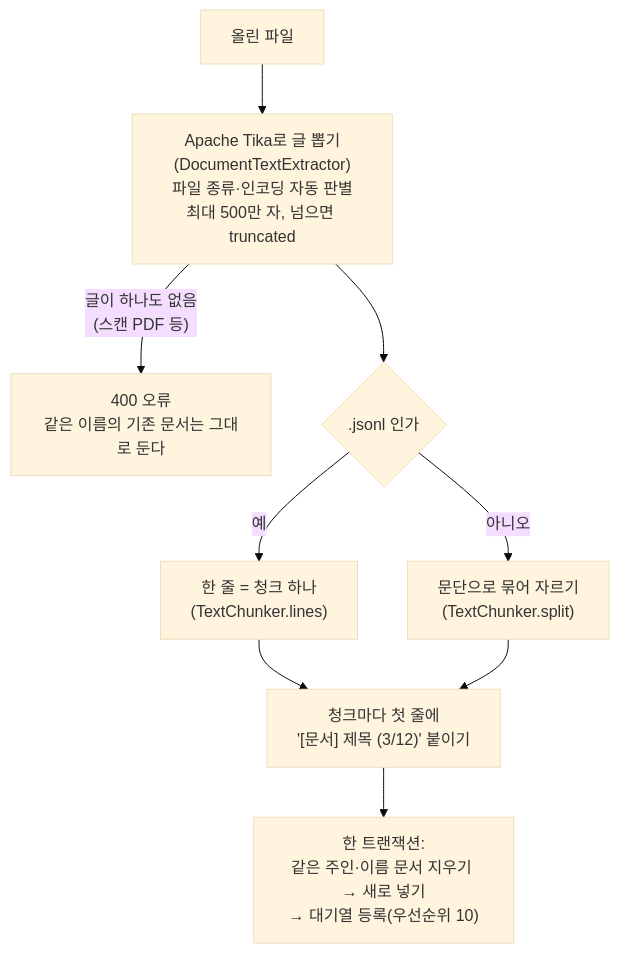
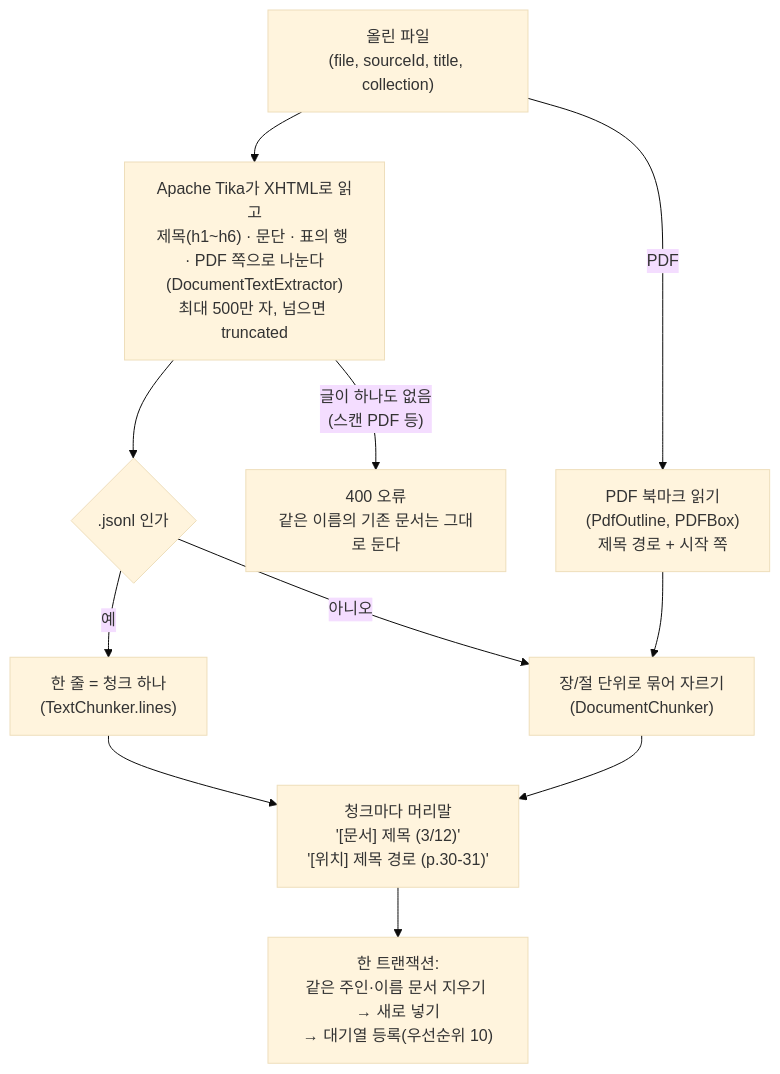
One commit to YongSoekChoeng/dstone changed the second of 7 diagrams in docs/11.dstone-knowledge-rag.md. Above: the diagram before and after it, drawn with Mermaid (base theme). The commit also changed other lines of this file and 72 other files, not shown here.

````diff
--- a/docs/11.dstone-knowledge-rag.md
+++ b/docs/11.dstone-knowledge-rag.md
@@ -111,11 +111,13 @@
 ```mermaid
 flowchart TB
-    F["올린 파일"] --> T["Apache Tika로 글 뽑기<br/>(DocumentTextExtractor)<br/>파일 종류·인코딩 자동 판별<br/>최대 500만 자, 넘으면 truncated"]
+    F["올린 파일<br/>(file, sourceId, title, collection)"] --> T["Apache Tika가 XHTML로 읽고<br/>제목(h1~h6) · 문단 · 표의 행 · PDF 쪽으로 나눈다<br/>(DocumentTextExtractor)<br/>최대 500만 자, 넘으면 truncated"]
+    F -->|PDF| B["PDF 북마크 읽기<br/>(PdfOutline, PDFBox)<br/>제목 경로 + 시작 쪽"]
     T -->|"글이 하나도 없음<br/>(스캔 PDF 등)"| E["400 오류<br/>같은 이름의 기존 문서는 그대로 둔다"]
     T --> C{".jsonl 인가"}
     C -->|예| L["한 줄 = 청크 하나<br/>(TextChunker.lines)"]
-    C -->|아니오| P["문단으로 묶어 자르기<br/>(TextChunker.split)"]
-    L --> H["청크마다 첫 줄에<br/>'[문서] 제목 (3/12)' 붙이기"]
+    C -->|아니오| P["장/절 단위로 묶어 자르기<br/>(DocumentChunker)"]
+    B --> P
+    L --> H["청크마다 머리말<br/>'[문서] 제목 (3/12)'<br/>'[위치] 제목 경로 (p.30-31)'"]
     P --> H
     H --> TX["한 트랜잭션:<br/>같은 주인·이름 문서 지우기 → 새로 넣기<br/>→ 대기열 등록(우선순위 10)"]
 ```
````
